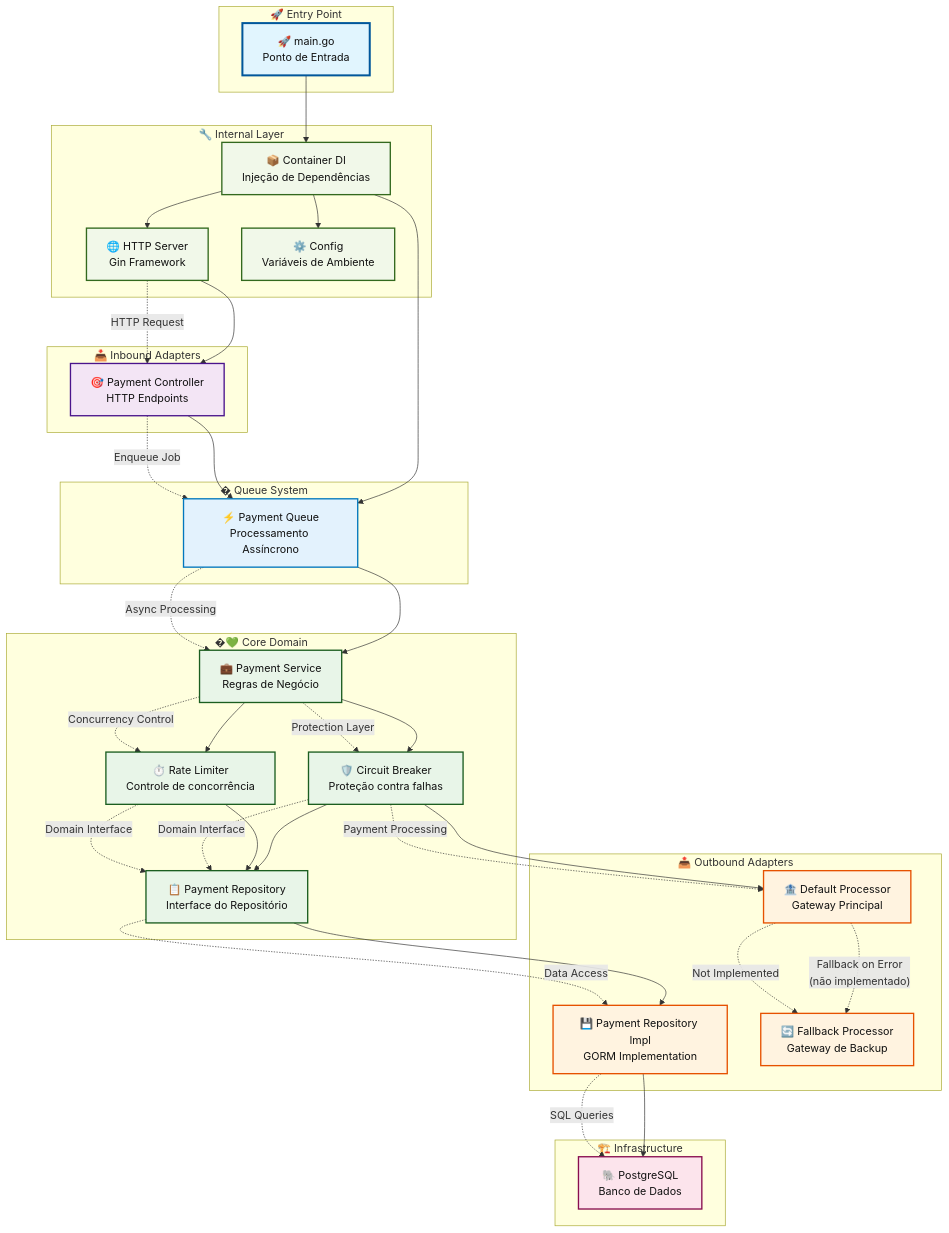
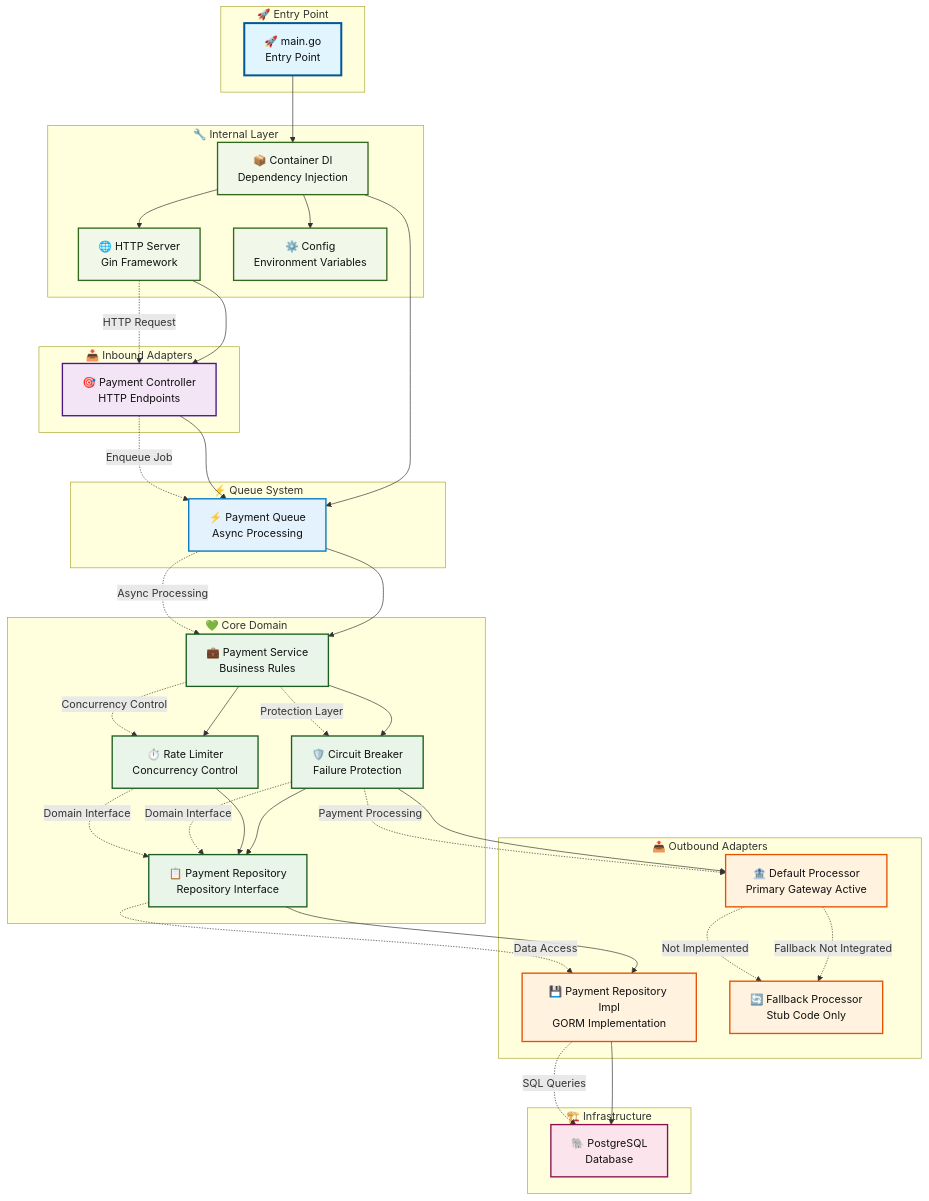
One commit to fabianoflorentino/mr-robot changed the diagram in README.md. Above: the diagram before and after it, drawn with Mermaid. The commit also changed other lines of this file, not shown here.

Commit message:
docs: update README with version details, technology specifications, and flowchart improvements

````diff
--- a/README.md
+++ b/README.md
@@ -43,6 +45,6 @@
 ```mermaid
 flowchart TD
-    %% Definindo estilos
+    %% Defining styles
     classDef entrypoint fill:#e1f5fe,stroke:#01579b,stroke-width:3px
     classDef inbound fill:#f3e5f5,stroke:#4a148c,stroke-width:2px
     classDef core fill:#e8f5e8,stroke:#1b5e20,stroke-width:2px
@@ -51,7 +53,7 @@
     classDef internal fill:#f1f8e9,stroke:#33691e,stroke-width:2px
     classDef async fill:#e3f2fd,stroke:#0277bd,stroke-width:2px
 
-    %% Forçar cor do texto preta para todos os nós
+    %% Force black text color for all nodes
     style A color:#111,fill:#e1f5fe,stroke:#01579b,stroke-width:3px
     style B color:#111,fill:#f1f8e9,stroke:#33691e,stroke-width:2px
     style C color:#111,fill:#f1f8e9,stroke:#33691e,stroke-width:2px
@@ -67,37 +69,37 @@
     style CB color:#111,fill:#e8f5e8,stroke:#1b5e20,stroke-width:2px
     style RL color:#111,fill:#e8f5e8,stroke:#1b5e20,stroke-width:2px
 
-    %% Componentes principais
-    A[🚀 main.go<br/>Ponto de Entrada] --> B[📦 Container DI<br/>Injeção de Dependências]
+    %% Main components
+    A[🚀 main.go<br/>Entry Point] --> B[📦 Container DI<br/>Dependency Injection]
 
     B --> C[🌐 HTTP Server<br/>Gin Framework]
-    B --> Q[⚡ Payment Queue<br/>Processamento Assíncrono]
-    B --> K[⚙️ Config<br/>Variáveis de Ambiente]
+    B --> Q[⚡ Payment Queue<br/>Async Processing]
+    B --> K[⚙️ Config<br/>Environment Variables]
 
-    %% Fluxo HTTP
+    %% HTTP Flow
     C --> D[🎯 Payment Controller<br/>HTTP Endpoints]
     D --> Q
 
-    %% Processamento assíncrono via Queue
-    Q --> E[💼 Payment Service<br/>Regras de Negócio]
+    %% Async processing via Queue
+    Q --> E[💼 Payment Service<br/>Business Rules]
 
-    %% Componentes de proteção no Service
-    E --> CB[🛡️ Circuit Breaker<br/>Proteção contra falhas]
-    E --> RL[⏱️ Rate Limiter<br/>Controle de concorrência]
+    %% Protection components in Service
+    E --> CB[🛡️ Circuit Breaker<br/>Failure Protection]
+    E --> RL[⏱️ Rate Limiter<br/>Concurrency Control]
 
     %% Core Domain
-    CB --> F[📋 Payment Repository<br/>Interface do Repositório]
+    CB --> F[📋 Payment Repository<br/>Repository Interface]
     RL --> F
 
-    %% Persistência
+    %% Persistence
     F --> G[💾 Payment Repository Impl<br/>GORM Implementation]
-    G --> H[🐘 PostgreSQL<br/>Banco de Dados]
+    G --> H[🐘 PostgreSQL<br/>Database]
 
-    %% Gateways de Pagamento (a implementar)
-    CB --> I[🏦 Default Processor<br/>Gateway Principal]
-    I -.->|"Fallback on Error<br/>(não implementado)"| J[🔄 Fallback Processor<br/>Gateway de Backup]
+    %% Payment Gateways
+    CB --> I[🏦 Default Processor<br/>Primary Gateway Active]
+    I -.->|"Fallback Not Integrated"| J[🔄 Fallback Processor<br/>Stub Code Only]
 
-    %% Agrupamentos por camadas
+    %% Layer groupings
     subgraph "🚀 Entry Point"
         A
     end
@@ -112,11 +114,11 @@
         D
     end
 
-    subgraph "� Queue System"
+    subgraph "⚡ Queue System"
         Q
     end
 
-    subgraph "�💚 Core Domain"
+    subgraph "💚 Core Domain"
         E
         F
         CB
@@ -133,7 +135,7 @@
         H
     end
 
-    %% Aplicando estilos
+    %% Applying styles
     class A entrypoint
     class D inbound
     class E,F,CB,RL core
@@ -142,7 +144,7 @@
     class B,C,K internal
     class Q async
 
-    %% Setas com labels
+    %% Arrows with labels
     C -.->|"HTTP Request"| D
     D -.->|"Enqueue Job"| Q
     Q -.->|"Async Processing"| E
````
